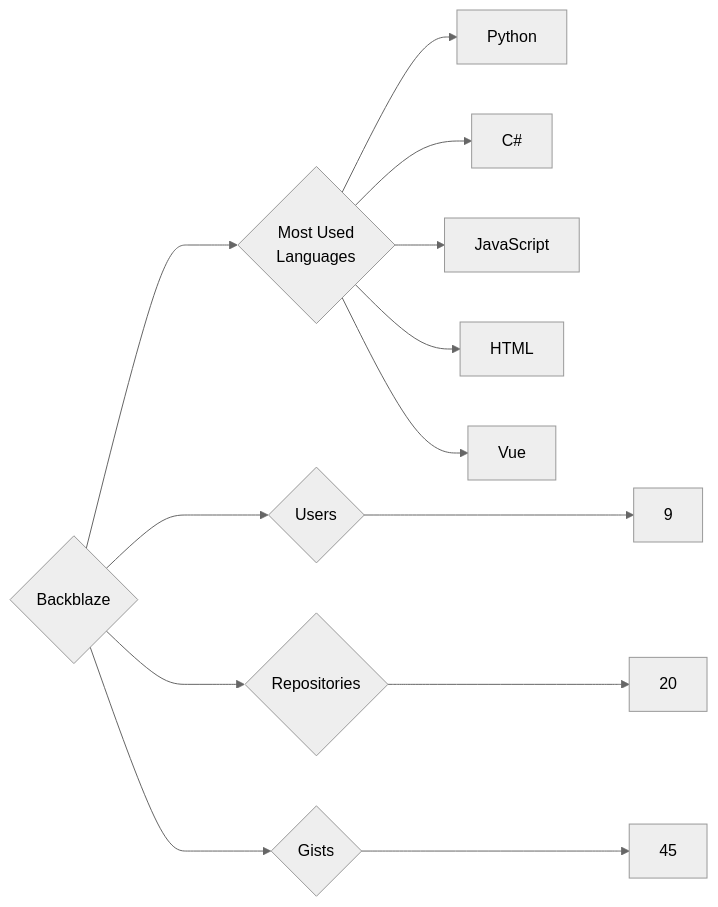
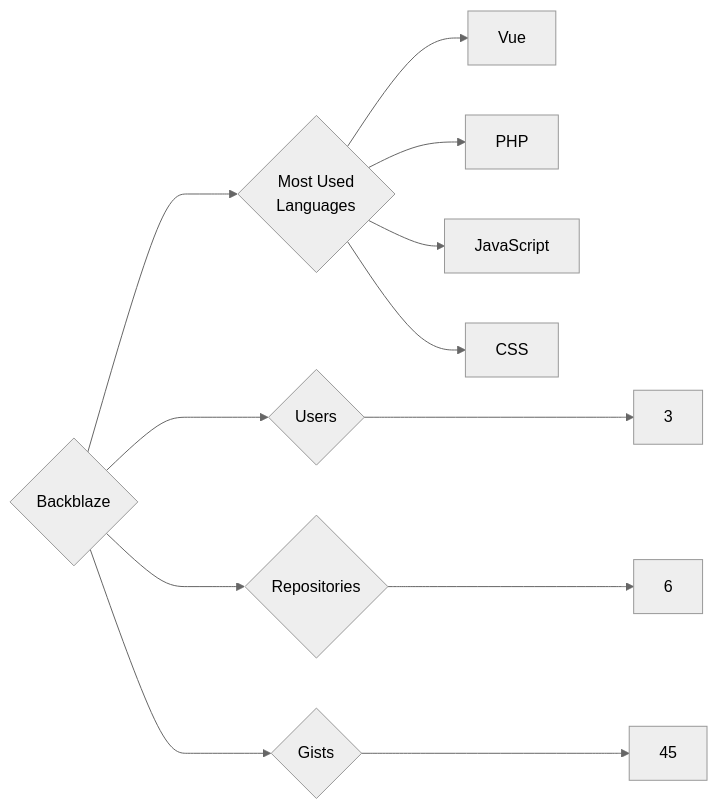
One commit to trickest/insiders changed the diagram in targets/Backblaze/README.md. Above: the diagram before and after it, drawn with Mermaid (neutral theme). The commit also changed 865 other files, not shown here.

````diff
--- a/targets/Backblaze/README.md
+++ b/targets/Backblaze/README.md
@@ -3,13 +3,12 @@
 ```mermaid
 graph LR
 COMPANY_NAME{Backblaze}
-COMPANY_NAME ---> U{Users} ---> UN[9]
-COMPANY_NAME ---> R{Repositories} ---> RN[20]
+COMPANY_NAME ---> U{Users} ---> UN[3]
+COMPANY_NAME ---> R{Repositories} ---> RN[6]
 COMPANY_NAME ---> G{Gists} ---> GN[45]
 COMPANY_NAME ---> ML{Most Used<br>Languages}
-ML --> Python[Python]
-ML --> C#[C#]
+ML --> Vue[Vue]
+ML --> PHP[PHP]
 ML --> JavaScript[JavaScript]
-ML --> HTML[HTML]
-ML --> Vue[Vue]
+ML --> CSS[CSS]
 ```
````
